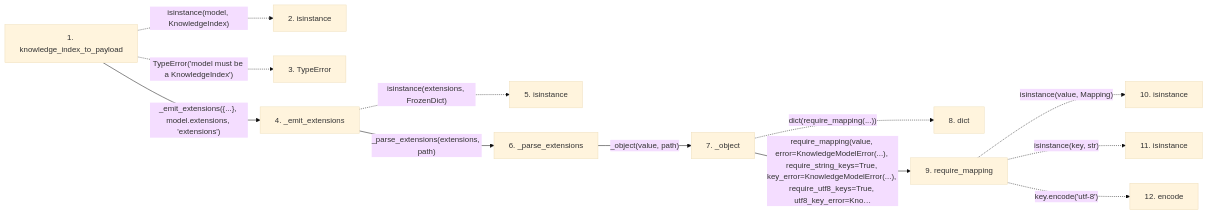
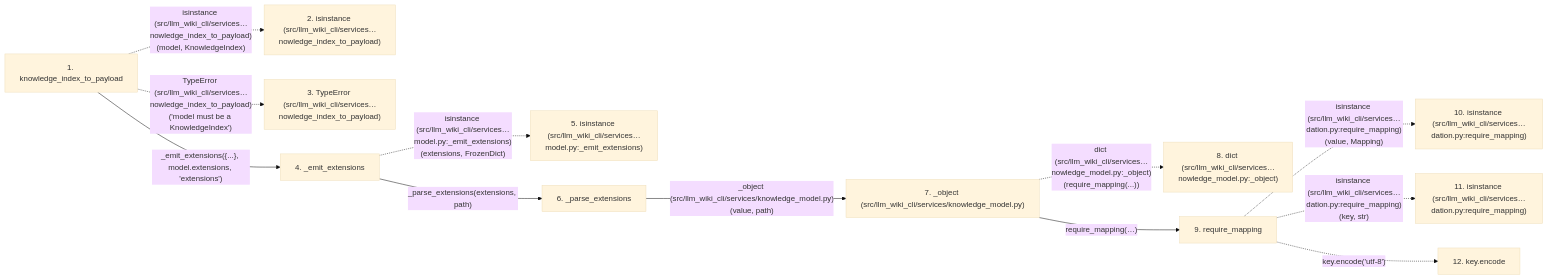
Before and after one commit to Denissvgn/python-wiki-llm: the second of 2 diagrams in docs/llm_wiki/flows/api-knowledge_index_to_payload-knowledge_model.md, drawn with Mermaid (base theme). The commit also changed other lines of this file and 719 other files, not shown here.

````diff
--- a/docs/llm_wiki/flows/api-knowledge_index_to_payload-knowledge_model.md
+++ b/docs/llm_wiki/flows/api-knowledge_index_to_payload-knowledge_model.md
@@ -83,31 +86,31 @@
 ```mermaid
 flowchart LR
     s1["1. knowledge_index_to_payload"]
-    s2["2. isinstance"]
-    s3["3. TypeError"]
+    s2["2. isinstance (src/llm_wiki_cli/services…nowledge_index_to_payload)"]
+    s3["3. TypeError (src/llm_wiki_cli/services…nowledge_index_to_payload)"]
     s4["4. _emit_extensions"]
-    s5["5. isinstance"]
+    s5["5. isinstance (src/llm_wiki_cli/services…model.py:_emit_extensions)"]
     s6["6. _parse_extensions"]
-    s7["7. _object"]
-    s8["8. dict"]
+    s7["7. _object (src/llm_wiki_cli/services/knowledge_model.py)"]
+    s8["8. dict (src/llm_wiki_cli/services…nowledge_model.py:_object)"]
     s9["9. require_mapping"]
-    s10["10. isinstance"]
-    s11["11. isinstance"]
-    s12["12. encode"]
-    s1 -. "isinstance(model, KnowledgeIndex)" .-> s2
-    s1 -. "TypeError('model must be a KnowledgeIndex')" .-> s3
+    s10["10. isinstance (src/llm_wiki_cli/services…dation.py:require_mapping)"]
+    s11["11. isinstance (src/llm_wiki_cli/services…dation.py:require_mapping)"]
+    s12["12. key.encode"]
+    s1 -. "isinstance (src/llm_wiki_cli/services…nowledge_index_to_payload)(model, KnowledgeIndex)" .-> s2
+    s1 -. "TypeError (src/llm_wiki_cli/services…nowledge_index_to_payload)('model must be a KnowledgeIndex')" .-> s3
     s1 -->|"_emit_extensions({...}, model.extensions, 'extensions')"| s4
-    s4 -. "isinstance(extensions, FrozenDict)" .-> s5
+    s4 -. "isinstance (src/llm_wiki_cli/services…model.py:_emit_extensions)(extensions, FrozenDict)" .-> s5
     s4 -->|"_parse_extensions(extensions, path)"| s6
-    s6 -->|"_object(value, path)"| s7
-    s7 -. "dict(require_mapping(...))" .-> s8
-    s7 -->|"require_mapping(value, error=KnowledgeModelError(...), require_string_keys=True, key_error=KnowledgeModelError(...), require_utf8_keys=True, utf8_key_error=Kno…"| s9
-    s9 -. "isinstance(value, Mapping)" .-> s10
-    s9 -. "isinstance(key, str)" .-> s11
+    s6 -->|"_object (src/llm_wiki_cli/services/knowledge_model.py)(value, path)"| s7
+    s7 -. "dict (src/llm_wiki_cli/services…nowledge_model.py:_object)(require_mapping(...))" .-> s8
+    s7 -->|"require_mapping(…)"| s9
+    s9 -. "isinstance (src/llm_wiki_cli/services…dation.py:require_mapping)(value, Mapping)" .-> s10
+    s9 -. "isinstance (src/llm_wiki_cli/services…dation.py:require_mapping)(key, str)" .-> s11
     s9 -. "key.encode('utf-8')" .-> s12
     click s1 "../modules/knowledge_model.md"
     click s4 "../modules/knowledge_model.md"
     click s6 "../modules/knowledge_model.md"
     click s7 "../modules/knowledge_model.md"
     click s9 "../modules/validation.md"
 ```
````
